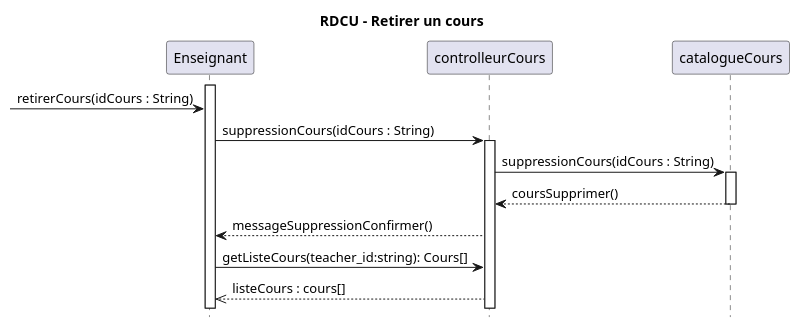
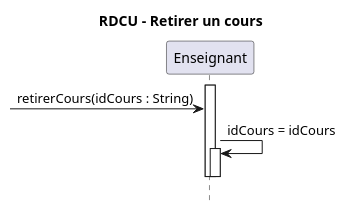
The diagram in docs/modeles/cu01/rdcu-retirer-cours.puml (xMrYahya/moodle-clone), drawn with PlantUML before and after one commit. The commit also changed 8 other files, not shown here.

Commit message:
Modification des diagrammes et completion du rapport

```diff
--- a/docs/modeles/cu01/rdcu-retirer-cours.puml
+++ b/docs/modeles/cu01/rdcu-retirer-cours.puml
@@ -1,26 +1,15 @@
 @startuml
 hide footbox
 title RDCU – Retirer un cours
 
 participant Enseignant as Ens
-participant controlleurCours as ctrl
-participant catalogueCours as cours
 
 activate Ens
  -> Ens : retirerCours(idCours : String)
+Ens -> Ens : idCours = idCours
+activate Ens
+deactivate Ens
+deactivate Ens
 
 
-Ens -> ctrl : suppressionCours(idCours : String)
-activate  ctrl
-
-ctrl -> cours : suppressionCours(idCours : String)
-activate cours
-cours --> ctrl : coursSupprimer()
-deactivate cours
-
-ctrl --> Ens : messageSuppressionConfirmer()
-
-Ens -> ctrl : getListeCours(teacher_id:string): Cours[]
-ctrl -->> Ens : listeCours : cours[]
-
 @enduml
```
